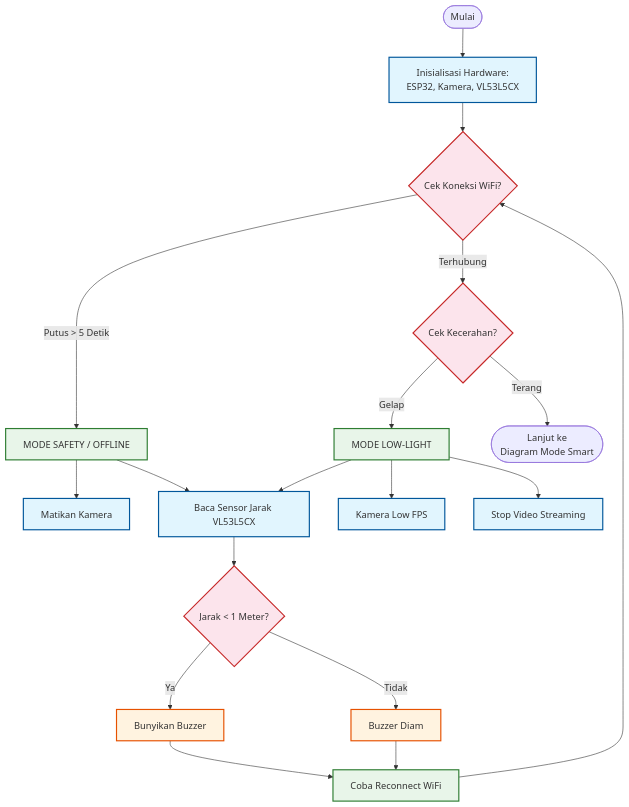
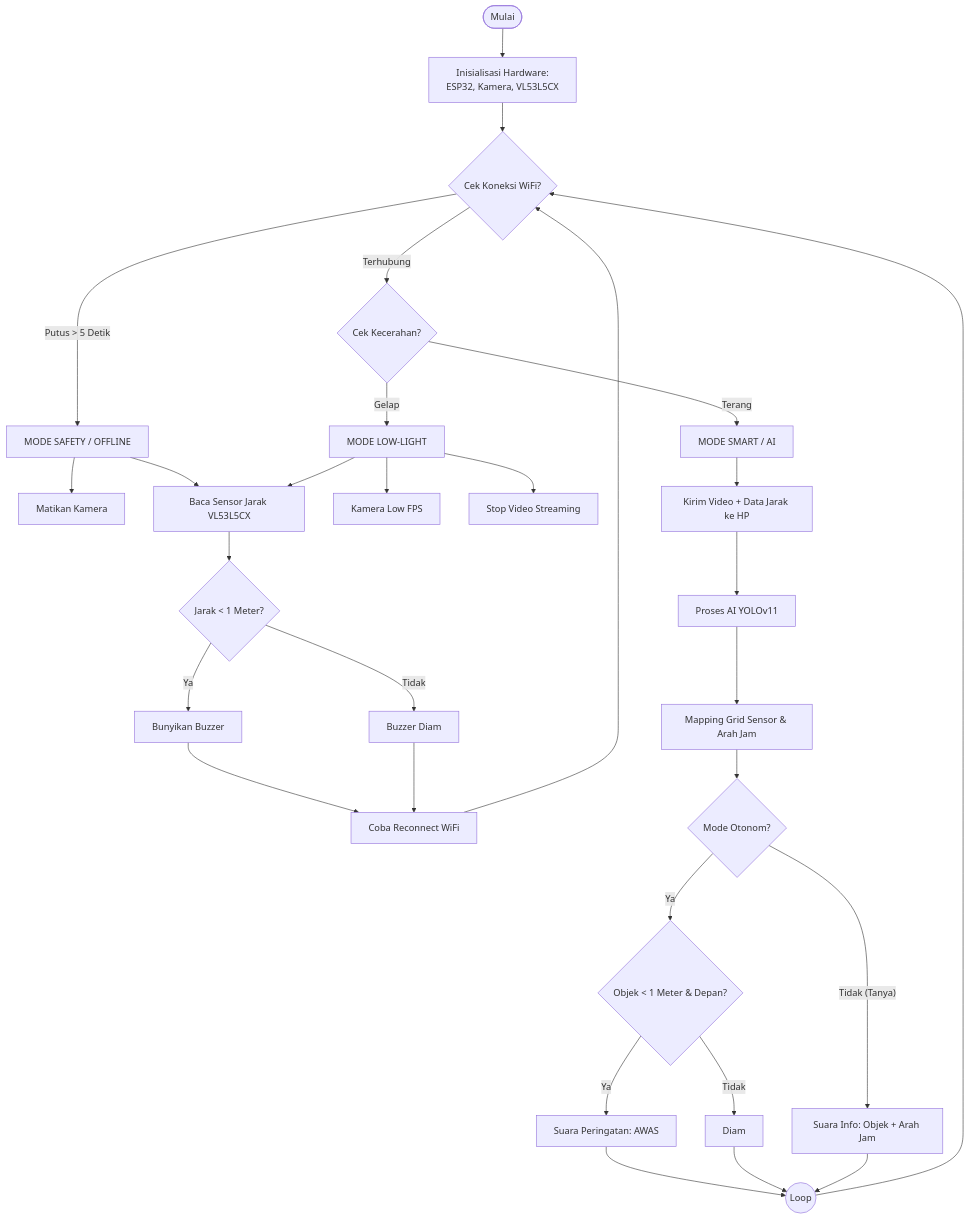
Before and after one commit to aan-andiyanaS/finlapor: the second of 2 diagrams in docs/architecture_diagram_simple.md, drawn with Mermaid.

````diff
--- a/docs/architecture_diagram_simple.md
+++ b/docs/architecture_diagram_simple.md
@@ -106,36 +106,44 @@
 ```mermaid
 flowchart TD
     START([Mulai]) --> INIT[Inisialisasi Hardware:\nESP32, Kamera, VL53L5CX]
     INIT --> CEK_WIFI{Cek Koneksi WiFi?}
-
+    
     %% LOGIKA OFFLINE / FAIL-SAFE
     CEK_WIFI -- Putus > 5 Detik --> MODE_SAFETY[MODE SAFETY / OFFLINE]
     MODE_SAFETY --> CAM_OFF[Matikan Kamera]
-    MODE_SAFETY --> BACA_SENSOR[Baca Sensor Jarak VL53L5CX]
-    BACA_SENSOR --> LOGIKA_BUZZER{Jarak < 1 Meter?}
+    MODE_SAFETY --> BACA_SENSOR_OFF[Baca Sensor Jarak VL53L5CX]
+    BACA_SENSOR_OFF --> LOGIKA_BUZZER{Jarak < 1 Meter?}
     LOGIKA_BUZZER -- Ya --> BUZZ_ON[Bunyikan Buzzer]
     LOGIKA_BUZZER -- Tidak --> BUZZ_OFF[Buzzer Diam]
     BUZZ_ON --> RETRY[Coba Reconnect WiFi]
     BUZZ_OFF --> RETRY
     RETRY --> CEK_WIFI
 
-    %% LOGIKA ONLINE - GELAP
+    %% LOGIKA ONLINE
     CEK_WIFI -- Terhubung --> CEK_CAHAYA{Cek Kecerahan?}
+    
+    %% LOGIKA GELAP
     CEK_CAHAYA -- Gelap --> MODE_LOW[MODE LOW-LIGHT]
     MODE_LOW --> CAM_LOW[Kamera Low FPS]
     MODE_LOW --> STOP_STREAM[Stop Video Streaming]
-    MODE_LOW --> BACA_SENSOR
-
-    CEK_CAHAYA -- Terang --> MODE_SMART([Lanjut ke\nDiagram Mode Smart])
-
-    %% Styling
-    classDef research fill:#e1f5fe,stroke:#01579b,stroke-width:2px;
-    classDef design fill:#e8f5e9,stroke:#2e7d32,stroke-width:2px;
-    classDef impl fill:#fff3e0,stroke:#e65100,stroke-width:2px;
-    classDef decision fill:#fce4ec,stroke:#c62828,stroke-width:2px;
-
-    class INIT,BACA_SENSOR,CAM_OFF,CAM_LOW,STOP_STREAM research;
-    class MODE_SAFETY,MODE_LOW,RETRY design;
-    class BUZZ_ON,BUZZ_OFF impl;
-    class CEK_WIFI,CEK_CAHAYA,LOGIKA_BUZZER decision;
+    MODE_LOW --> BACA_SENSOR_OFF
+    
+    %% LOGIKA TERANG (SMART)
+    CEK_CAHAYA -- Terang --> MODE_SMART[MODE SMART / AI]
+    MODE_SMART --> KIRIM_DATA[Kirim Video + Data Jarak ke HP]
+    KIRIM_DATA --> YOLO[Proses AI YOLOv11]
+    YOLO --> MAPPING[Mapping Grid Sensor & Arah Jam]
+    MAPPING --> CEK_MODE{Mode Otonom?}
+    
+    %% LOGIKA OUTPUT
+    CEK_MODE -- Ya --> FILTER_BAHAYA{Objek < 1 Meter & Depan?}
+    FILTER_BAHAYA -- Ya --> TTS_WARN[Suara Peringatan: AWAS]
+    FILTER_BAHAYA -- Tidak --> SILENT[Diam]
+    
+    CEK_MODE -- Tidak (Tanya) --> TTS_INFO[Suara Info: Objek + Arah Jam]
+    
+    TTS_WARN --> LOOP((Loop))
+    SILENT --> LOOP
+    TTS_INFO --> LOOP
+    LOOP --> CEK_WIFI 
 ```
````
